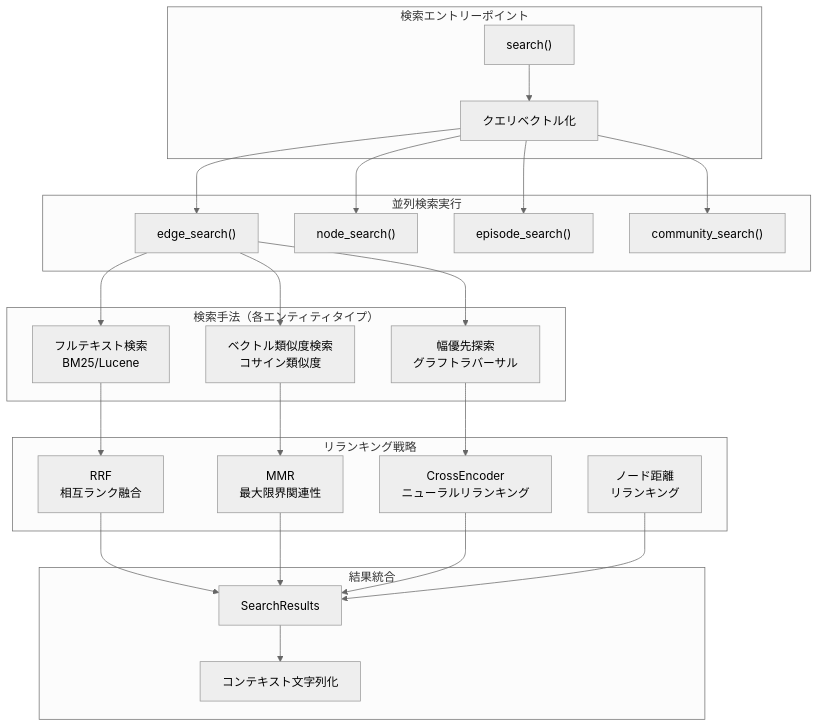
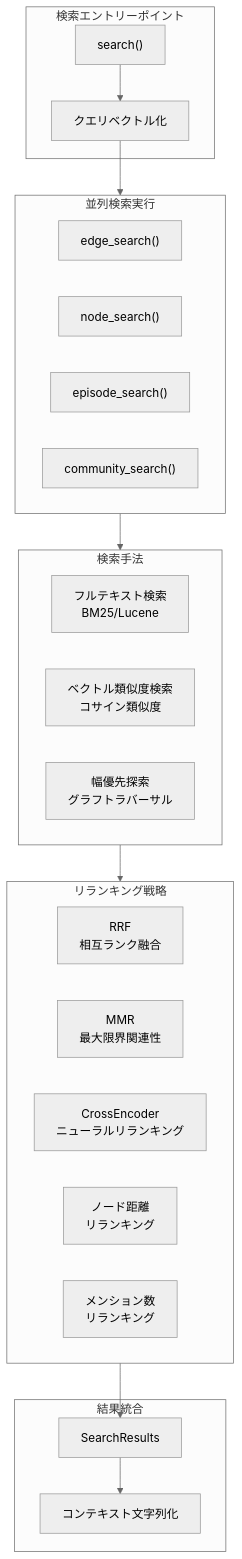
The fourth of 8 diagrams in articles/graphithi_20250605.md (suwa-sh/zenn-contents), drawn with Mermaid (neutral theme) before and after one commit. The commit also changed 1 other file, not shown here.

````diff
--- a/articles/graphithi_20250605.md
+++ b/articles/graphithi_20250605.md
@@ -117,53 +117,42 @@
 ```mermaid
 graph TD
     subgraph "検索エントリーポイント"
         SEARCH["search()"]
         QUERY_VECTOR["クエリベクトル化"]
     end
     
     subgraph "並列検索実行"
         EDGE_SEARCH["edge_search()"]
         NODE_SEARCH["node_search()"]
         EPISODE_SEARCH["episode_search()"]
         COMMUNITY_SEARCH["community_search()"]
     end
     
-    subgraph "検索手法（各エンティティタイプ）"
+    subgraph "検索手法"
         FULLTEXT["フルテキスト検索<br/>BM25/Lucene"]
         SIMILARITY["ベクトル類似度検索<br/>コサイン類似度"]
         BFS["幅優先探索<br/>グラフトラバーサル"]
     end
     
     subgraph "リランキング戦略"
         RRF["RRF<br/>相互ランク融合"]
         MMR["MMR<br/>最大限界関連性"]
         CROSS_ENCODER["CrossEncoder<br/>ニューラルリランキング"]
         NODE_DISTANCE["ノード距離<br/>リランキング"]
+        EPISODE_MENTIONS["メンション数<br/>リランキング"]
     end
     
     subgraph "結果統合"
         SEARCH_RESULTS["SearchResults"]
         CONTEXT_STRING["コンテキスト文字列化"]
     end
     
     SEARCH --> QUERY_VECTOR
-    QUERY_VECTOR --> EDGE_SEARCH
-    QUERY_VECTOR --> NODE_SEARCH
-    QUERY_VECTOR --> EPISODE_SEARCH
-    QUERY_VECTOR --> COMMUNITY_SEARCH
-    
-    EDGE_SEARCH --> FULLTEXT
-    EDGE_SEARCH --> SIMILARITY
-    EDGE_SEARCH --> BFS
-    
-    FULLTEXT --> RRF
-    SIMILARITY --> MMR
-    BFS --> CROSS_ENCODER
-    
-    RRF --> SEARCH_RESULTS
-    MMR --> SEARCH_RESULTS
-    CROSS_ENCODER --> SEARCH_RESULTS
-    NODE_DISTANCE --> SEARCH_RESULTS
-    
+
+    QUERY_VECTOR --> 並列検索実行
+    並列検索実行 --> 検索手法
+    検索手法 --> リランキング戦略
+    リランキング戦略 --> SEARCH_RESULTS
+
     SEARCH_RESULTS --> CONTEXT_STRING
 ```
````
